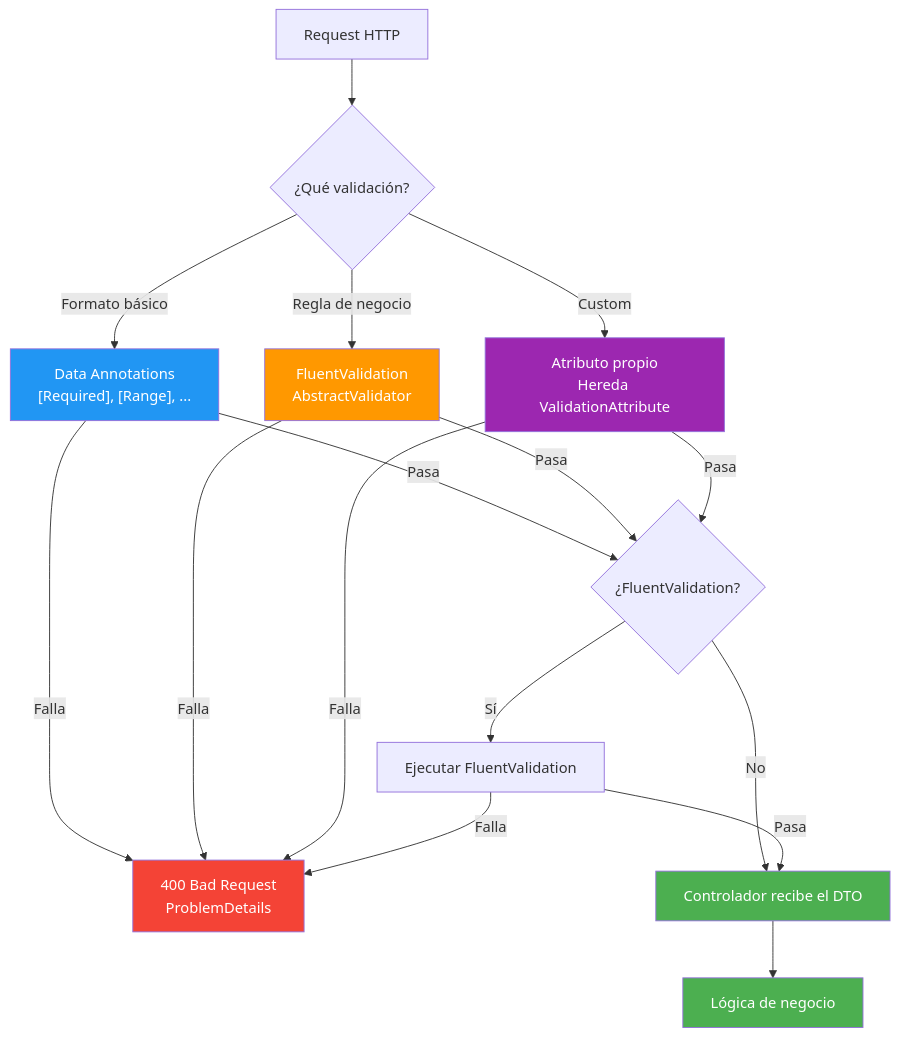
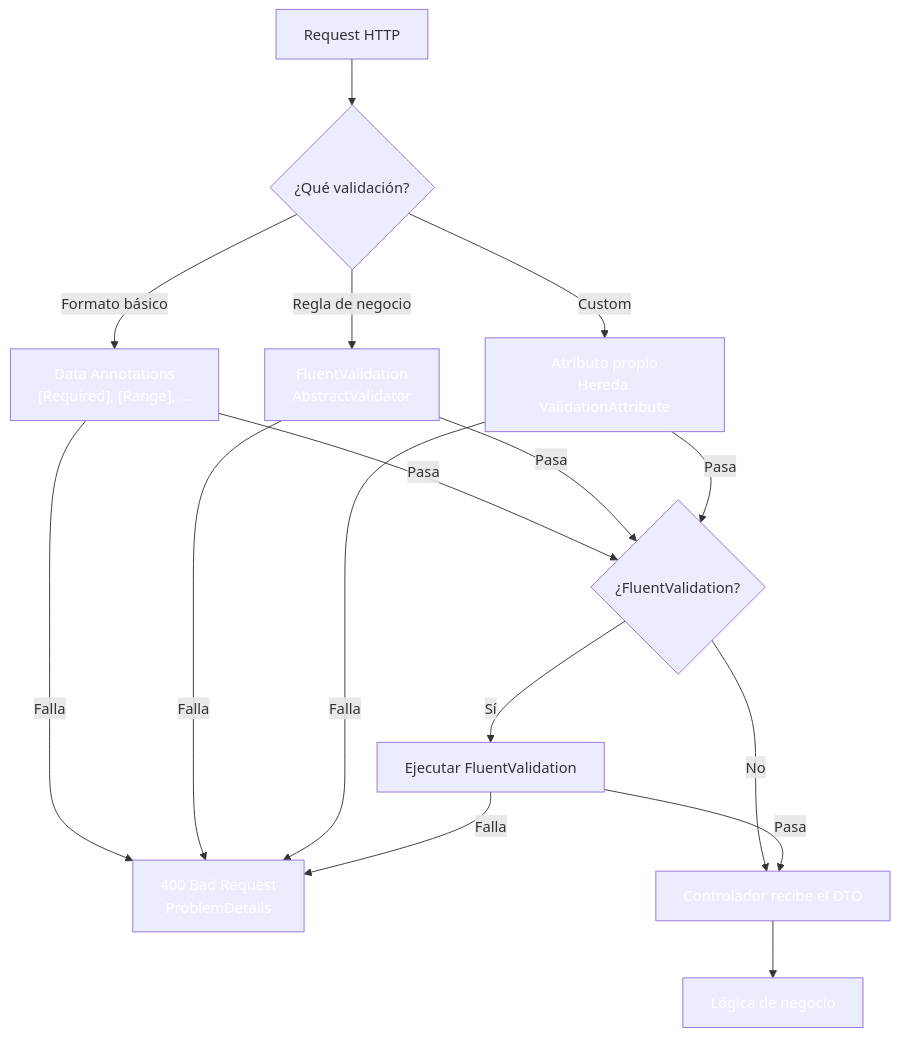
One commit to joseluisgs/DesarrolloWebEntornosServidor-02-2026-2027 changed the fifth of 11 diagrams in 08-dtos-mapeadores-validaciones.md. Above: the diagram before and after it, drawn with Mermaid. The commit also changed other lines of this file and 41 other files, not shown here.

````diff
--- a/08-dtos-mapeadores-validaciones.md
+++ b/08-dtos-mapeadores-validaciones.md
@@ -743,25 +743,25 @@
 ```mermaid
 flowchart TD
     A["Request HTTP"] --> B{"¿Qué validación?"}
     B -->|"Formato básico"| C["Data Annotations<br/>[Required], [Range], ..."]
     B -->|"Regla de negocio"| D["FluentValidation<br/>AbstractValidator<T>"]
     B -->|"Custom"| E["Atributo propio<br/>Hereda ValidationAttribute"]
     C -->|Falla| F["400 Bad Request<br/>ProblemDetails"]
     D -->|Falla| F
     E -->|Falla| F
     C -->|Pasa| G{"¿FluentValidation?"}
     D -->|Pasa| G
     E -->|Pasa| G
     G -->|Sí| H["Ejecutar FluentValidation"]
     G -->|No| I["Controlador recibe el DTO"]
     H -->|Falla| F
     H -->|Pasa| I
     I --> J["Lógica de negocio"]
 
-    style C fill:#2196F3,color:#fff
-    style D fill:#FF9800,color:#fff
-    style E fill:#9C27B0,color:#fff
-    style F fill:#f44336,color:#fff
-    style I fill:#4CAF50,color:#fff
-    style J fill:#4CAF50,color:#fff
+    style C fill:#2196F,color:#fff3,color:#fff
+    style D fill:#FF980,color:#fff0,color:#fff
+    style E fill:#9C27B,color:#fff0,color:#fff
+    style F fill:#f4433,color:#fff6,color:#fff
+    style I fill:#4CAF5,color:#fff0,color:#fff
+    style J fill:#4CAF5,color:#fff0,color:#fff
 ```
````
